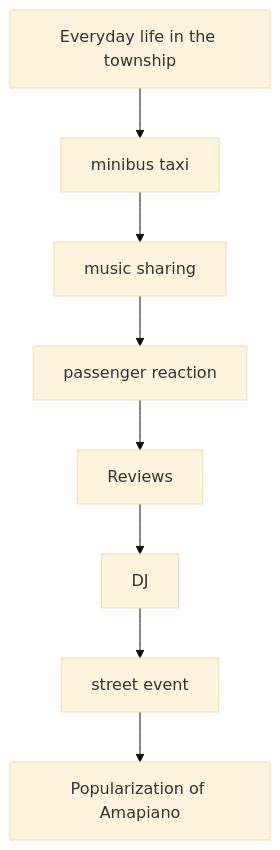
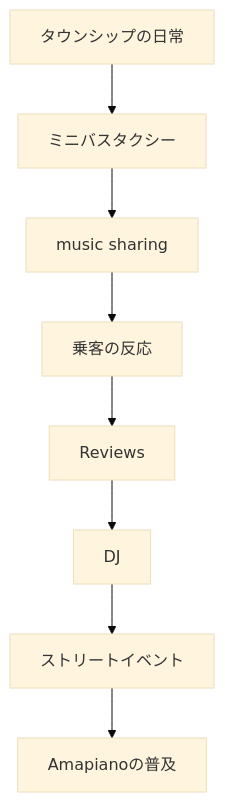
One commit to monumental-movement/monumental-movement.github.io changed the first of 7 diagrams in en/_posts/2026-07-25-column-taxi-amapiano.md. Above: the diagram before and after it, drawn with Mermaid (base theme). The commit also changed other lines of this file and 2196 other files, not shown here.

```diff
--- a/en/_posts/2026-07-25-column-taxi-amapiano.md
+++ b/en/_posts/2026-07-25-column-taxi-amapiano.md
@@ -235,10 +234,10 @@
 <div class="mermaid">
 graph TD
-A[Everyday life in the township] --> B[minibus taxi]
+A[タウンシップの日常] --> B[ミニバスタクシー]
 B --> C[music sharing]
-C --> D[passenger reaction]
+C --> D[乗客の反応]
 D --> E[Reviews]
 E --> F[DJ]
-F --> G[street event]
-G --> H[Popularization of Amapiano]
+F --> G[ストリートイベント]
+G --> H[Amapianoの普及]
 </div>
```
